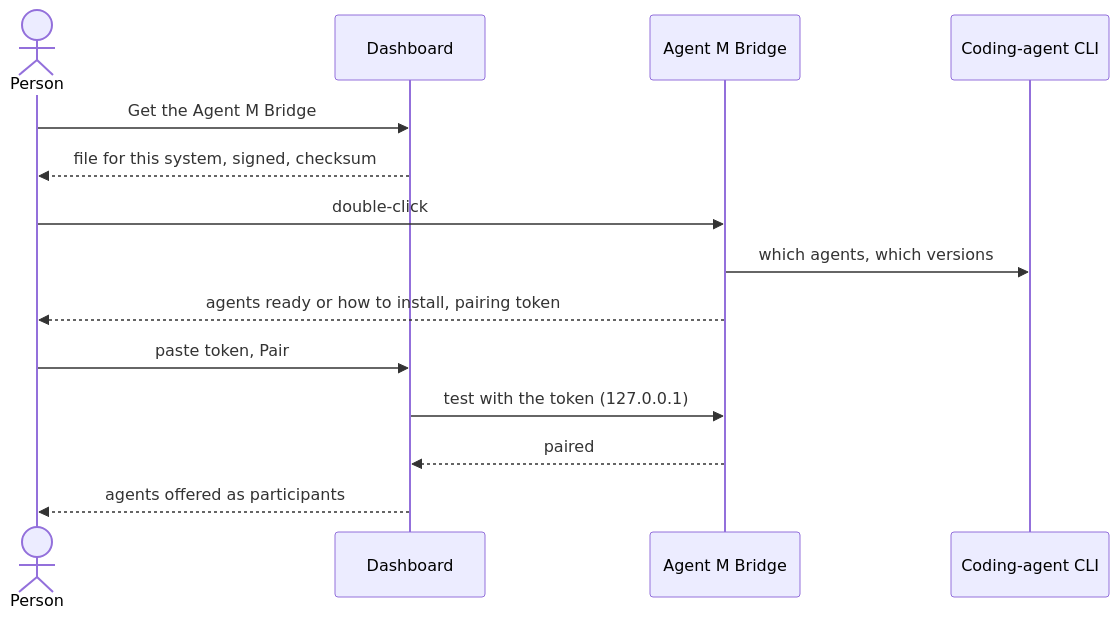
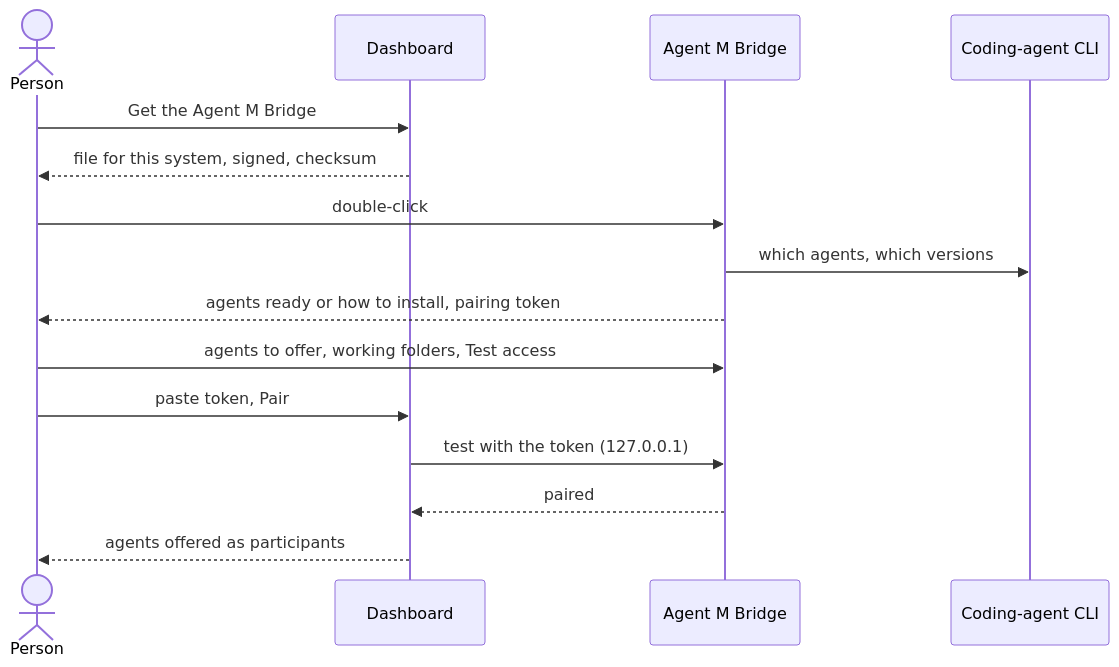
The diagram in docs/use-cases/UC-044-install-and-pair-the-bridge.md (akmaier/agent-m), drawn with Mermaid before and after one commit. The commit also changed other lines of this file and 28 other files, not shown here.

````diff
--- a/docs/use-cases/UC-044-install-and-pair-the-bridge.md
+++ b/docs/use-cases/UC-044-install-and-pair-the-bridge.md
@@ -82,16 +86,17 @@
 ```mermaid
 sequenceDiagram
     actor P as Person
     participant D as Dashboard
     participant B as Agent M Bridge
     participant C as Coding-agent CLI
     P->>D: Get the Agent M Bridge
     D-->>P: file for this system, signed, checksum
     P->>B: double-click
     B->>C: which agents, which versions
     B-->>P: agents ready or how to install, pairing token
+    P->>B: agents to offer, working folders, Test access
     P->>D: paste token, Pair
     D->>B: test with the token (127.0.0.1)
     B-->>D: paired
     D-->>P: agents offered as participants
 ```
````
